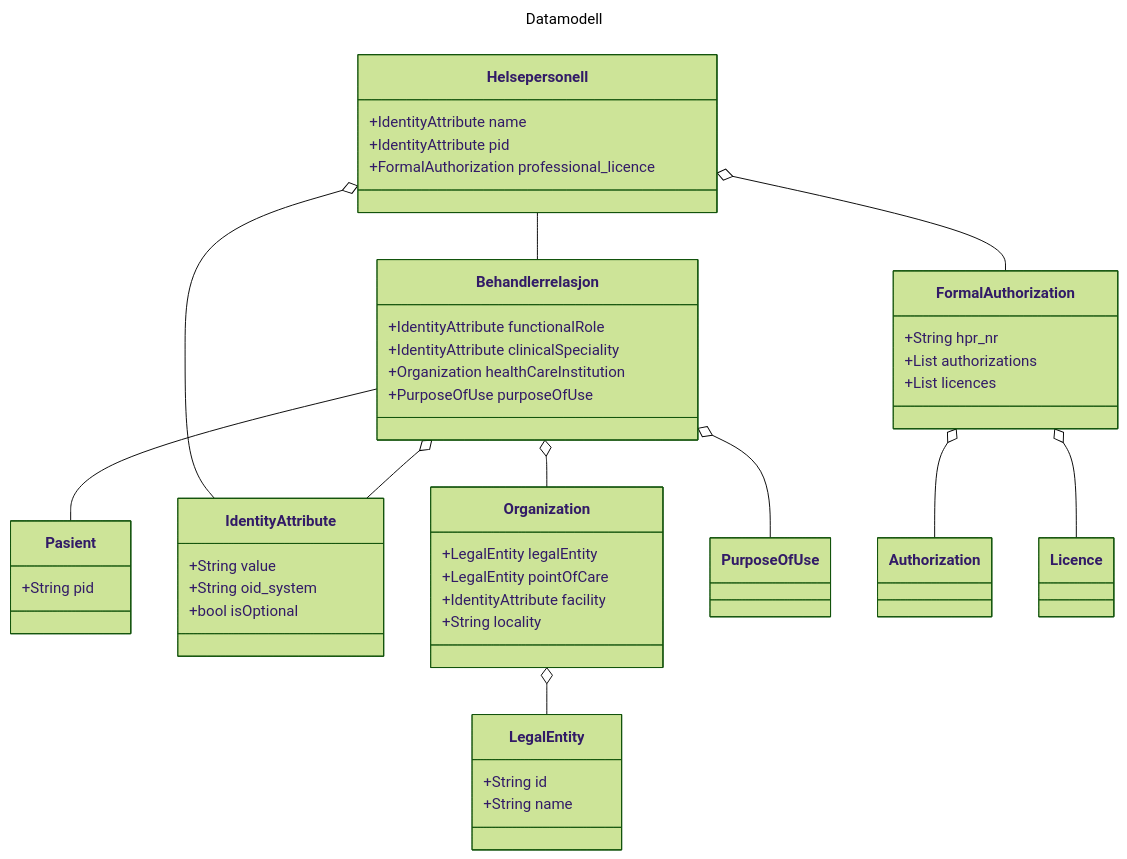
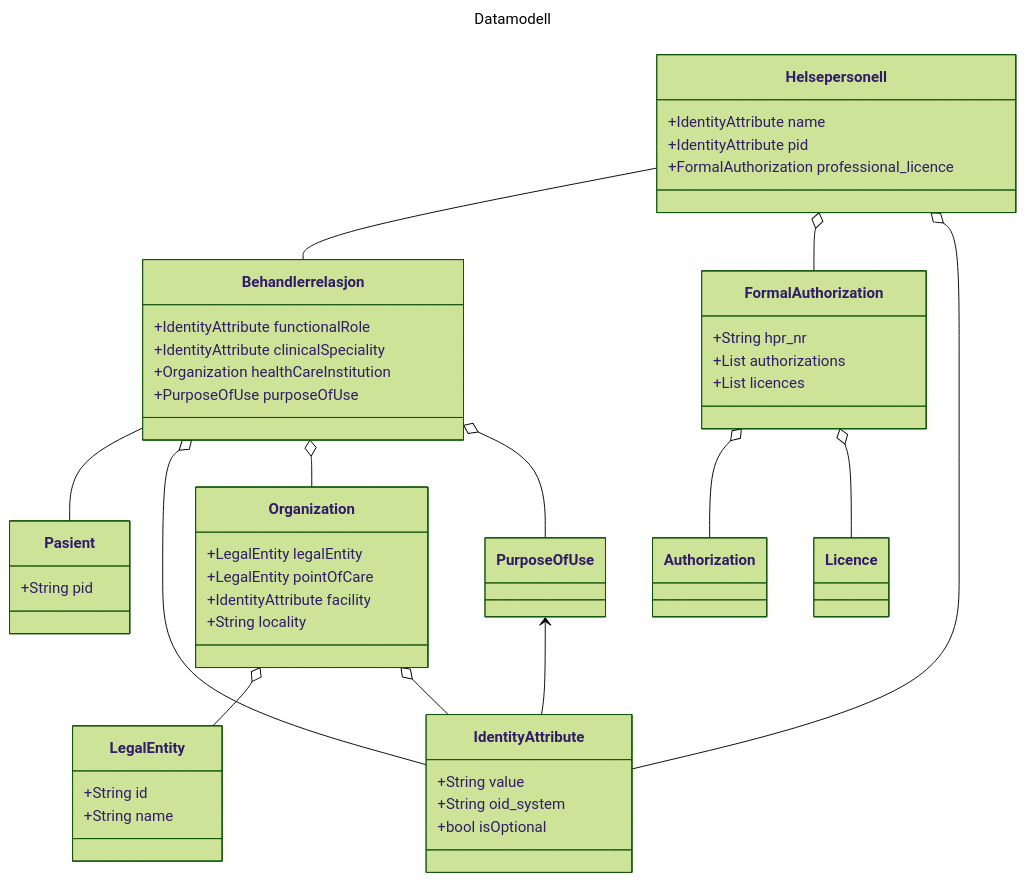
The second of 2 diagrams in specs/informasjons_og_datamodell.md (NorskHelsenett/Tillitsrammeverk), drawn with Mermaid (forest theme) before and after one commit.

````diff
--- a/specs/informasjons_og_datamodell.md
+++ b/specs/informasjons_og_datamodell.md
@@ -177,64 +177,69 @@
 ```mermaid
 ---
 title: Datamodell
 ---
 classDiagram
 
 	Helsepersonell -- Behandlerrelasjon
 	Behandlerrelasjon -- Pasient
 	Helsepersonell o-- FormalAuthorization
 	Helsepersonell o-- IdentityAttribute
 	Behandlerrelasjon o-- IdentityAttribute
 	Behandlerrelasjon o-- Organization
 	Behandlerrelasjon o-- PurposeOfUse
 	FormalAuthorization o-- Authorization
 	FormalAuthorization o-- Licence
 	Organization o-- LegalEntity
+	Organization o-- IdentityAttribute
+	PurposeOfUse <-- IdentityAttribute
 
+
+	
+	class Helsepersonell{
+		+IdentityAttribute name
+		+IdentityAttribute pid
+		+FormalAuthorization professional_licence
+	}
+		
+	class Behandlerrelasjon{
+		+IdentityAttribute functionalRole
+		+IdentityAttribute clinicalSpeciality
+		+Organization healthCareInstitution
+		+PurposeOfUse purposeOfUse
+	}
+	
+	class Pasient{
+		+String pid
+	}
+	
 	class IdentityAttribute{
 		+String value
 		+String oid_system
 		+bool isOptional		
 	}	
+	
 	class LegalEntity{
 		+String id
 		+String name		
 	}
 	class Organization{
 		+LegalEntity legalEntity
 		+LegalEntity pointOfCare
 		+IdentityAttribute facility
 		+String locality
 	}
 	class Authorization{
 	}
 	
 	class Licence{
 	}
 	
 	class FormalAuthorization{
 		+String hpr_nr
 		+List<Authorization> authorizations
 		+List<Licence> licences
 	}
 	
-	class Helsepersonell{
-		+IdentityAttribute name
-		+IdentityAttribute pid
-		+FormalAuthorization professional_licence
-	}
-		
-	class Behandlerrelasjon{
-		+IdentityAttribute functionalRole
-		+IdentityAttribute clinicalSpeciality
-		+Organization healthCareInstitution
-		+PurposeOfUse purposeOfUse
-	}
-	
-	class Pasient{
-		+String pid
-	}
-	
 	
 	
 ```
````
